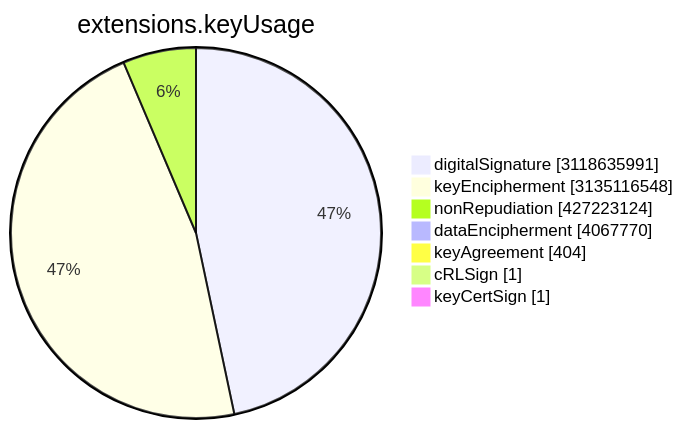
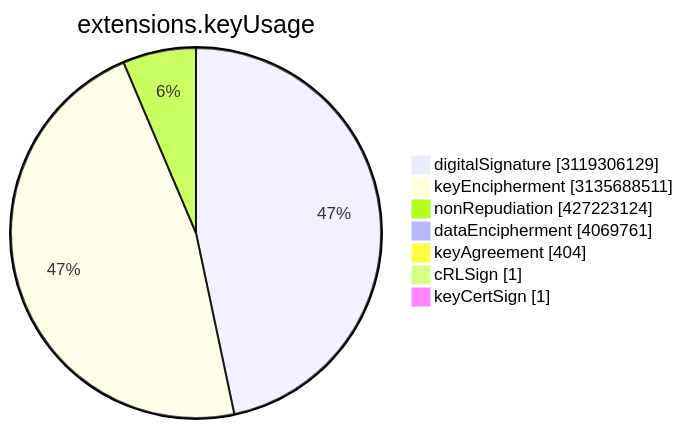
Before and after one commit to christiankrug/ctmonitor_visualization: the sixth of 15 diagrams in TOTAL/README.md, drawn with Mermaid. The commit also changed other lines of this file, not shown here.

````diff
--- a/TOTAL/README.md
+++ b/TOTAL/README.md
@@ -3077,11 +3077,11 @@
 ```mermaid
 pie showData
 title extensions.keyUsage
-"digitalSignature" :3118635991
-"keyEncipherment" :3135116548
+"digitalSignature" :3119306129
+"keyEncipherment" :3135688511
 "nonRepudiation" :427223124
-"dataEncipherment" :4067770
+"dataEncipherment" :4069761
 "keyAgreement" :404
 "cRLSign" :1
 "keyCertSign" :1
 ```
````
